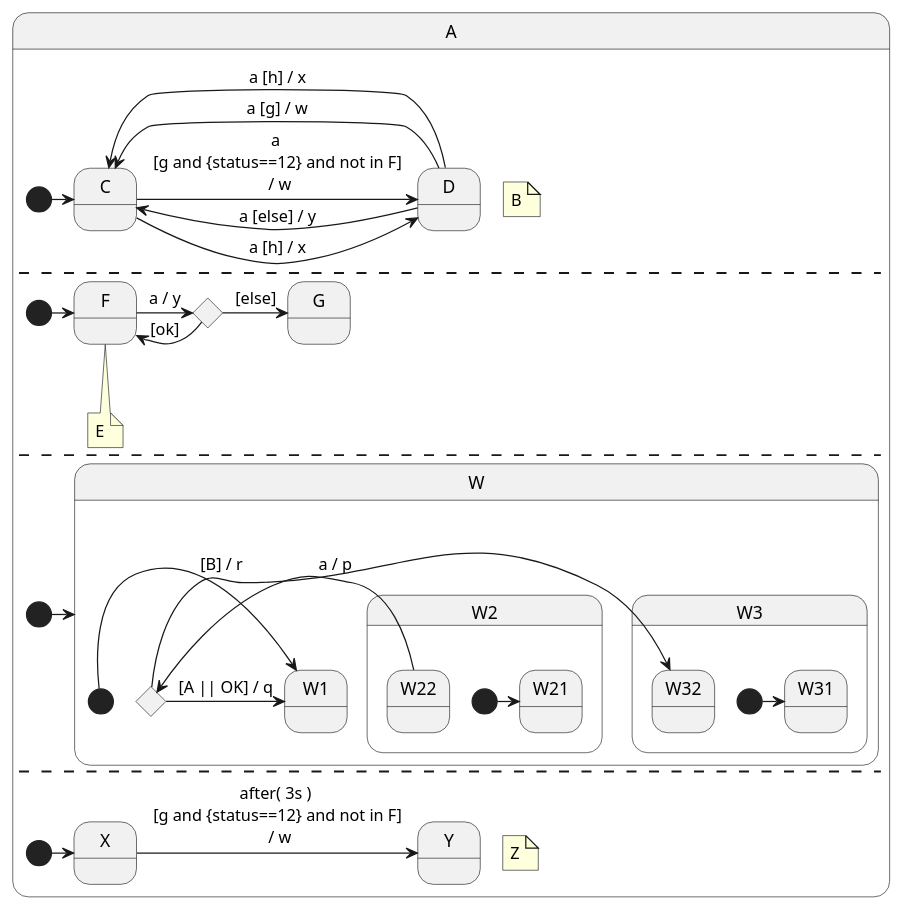
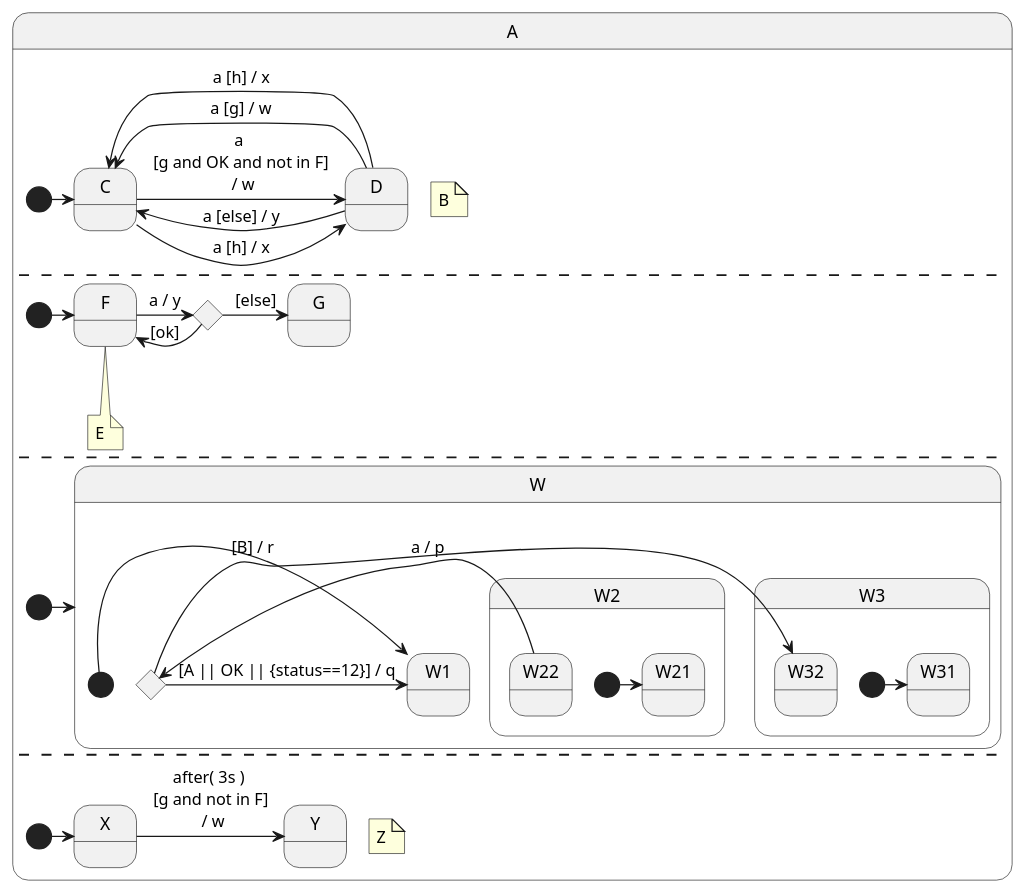
The diagram in foo.puml (theodore-norvell/cogent), drawn with PlantUML before and after one commit. The commit also changed 2 other files, not shown here.

Commit message:
Always generate a default for switch command.  -- to suppress compiler "notes" More the declaration of the status veriale

```diff
--- a/foo.puml
+++ b/foo.puml
@@ -1,50 +1,50 @@
 @startuml
     state A {
         note "B" as B
         [*] -> C
         state C
         state D
-        C -> D: a \n [g and {status==12} and not in F] \n / w
+        C -> D: a \n [g and OK and not in F] \n / w
         C -> D: a [h] / x
         D -> C : a [g] / w
         D -> C : a [h] / x
         D -> C : a [else] / y
         --
         note "E" as E
         [*] -> F
         state F
         state G
         state H <<choice>>
         F -> H: a / y
         H -> F: [ok] 
         H -> G: [else]
         F --> E : XYZ
         --
         [*] -> W
         state W {
             [*] -> W1
             state W1
             state WC <<choice>>
             state W2 {
                 [*] -> W21
                 state W21
                 state W22
                 W22 -> WC : a / p
             }
             state W3 {
                 [*] -> W31
                 state W31
                 state W32
             }
-            WC -> W1 : [A || OK] / q
+            WC -> W1 : [A || OK || {status==12}] / q
             WC -> W32 : [B] / r
         }
         --
         note "Z" as Z
         [*] -> X
         state X
         state Y
-        X -> Y: after( 3s ) \n [g and {status==12} and not in F] \n / w
+        X -> Y: after( 3s ) \n [g and not in F] \n / w
     }
     state A
 @enduml
```
